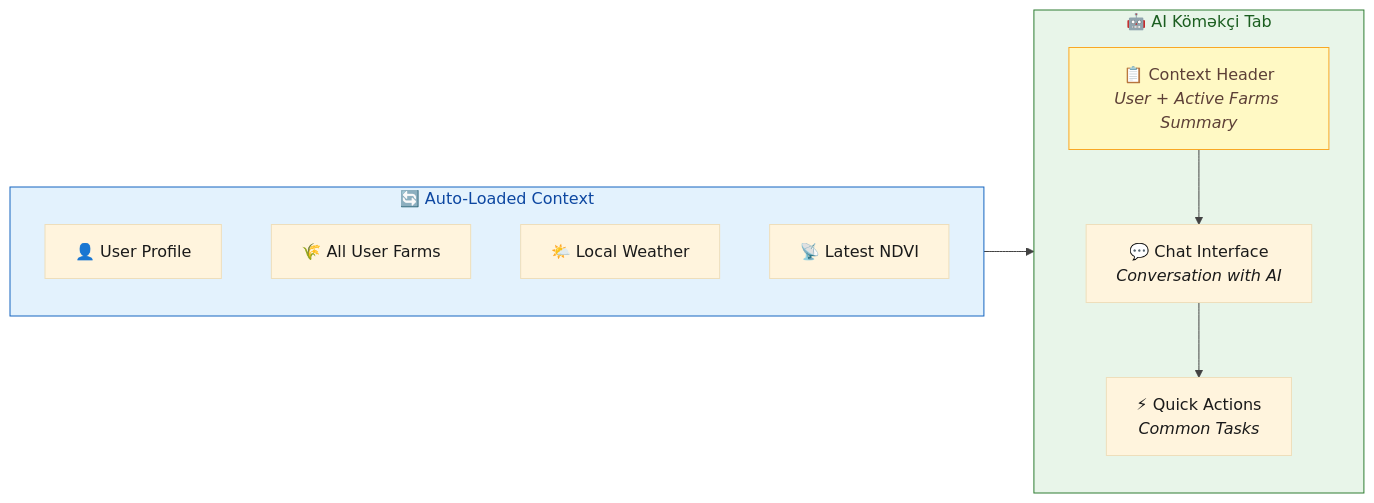
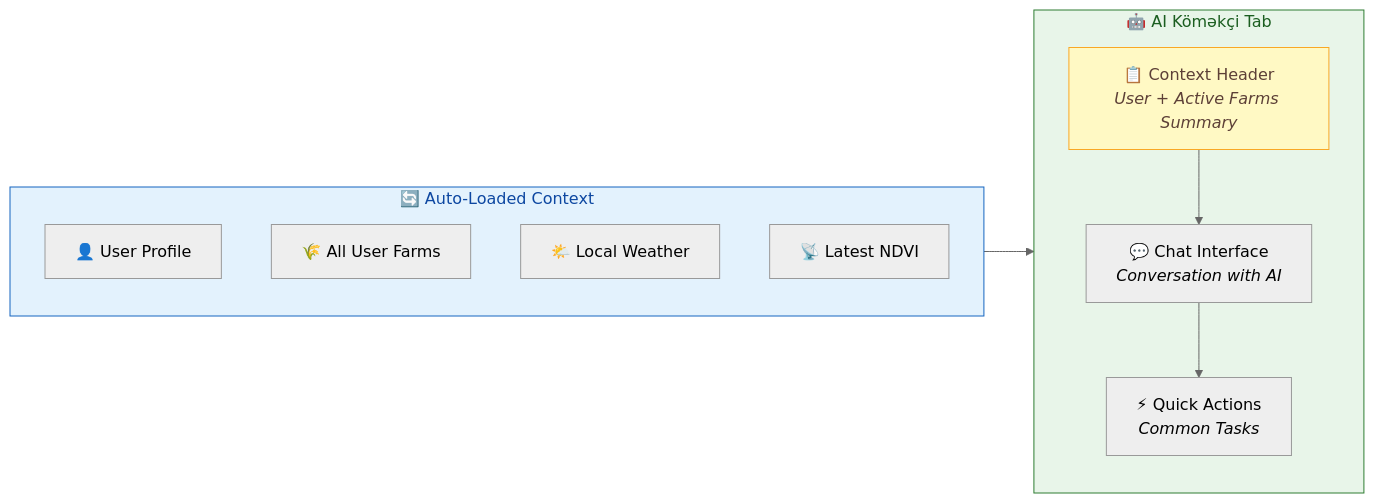
The second of 2 diagrams in docs/zekalab/01-MANIFESTO.md (Px8Studio/yonja), drawn with Mermaid before and after one commit. The commit also changed 15 other files, not shown here.

````diff
--- a/docs/zekalab/01-MANIFESTO.md
+++ b/docs/zekalab/01-MANIFESTO.md
@@ -94,26 +94,26 @@
 ```mermaid
-%%{init: {'theme': 'base', 'themeVariables': { 'primaryTextColor': '#1a1a1a', 'lineColor': '#424242'}}}%%
+%%{init: {'theme': 'neutral'}}%%
 flowchart LR
     subgraph data["🔄 Auto-Loaded Context"]
         direction TB
         user["👤 User Profile"]
         farms2["🌾 All User Farms"]
         weather["🌤️ Local Weather"]
         ndvi["📡 Latest NDVI"]
     end
     
     subgraph tab["🤖 AI Köməkçi Tab"]
         direction TB
         context["📋 Context Header<br/><i>User + Active Farms Summary</i>"]
         chat["💬 Chat Interface<br/><i>Conversation with AI</i>"]
         quick["⚡ Quick Actions<br/><i>Common Tasks</i>"]
         
         context --> chat --> quick
     end
     
     data --> tab
     
     style tab fill:#e8f5e9,stroke:#2e7d32,color:#1b5e20
     style context fill:#fff9c4,stroke:#f9a825,color:#5d4037
     style data fill:#e3f2fd,stroke:#1565c0,color:#0d47a1
 ```
````
